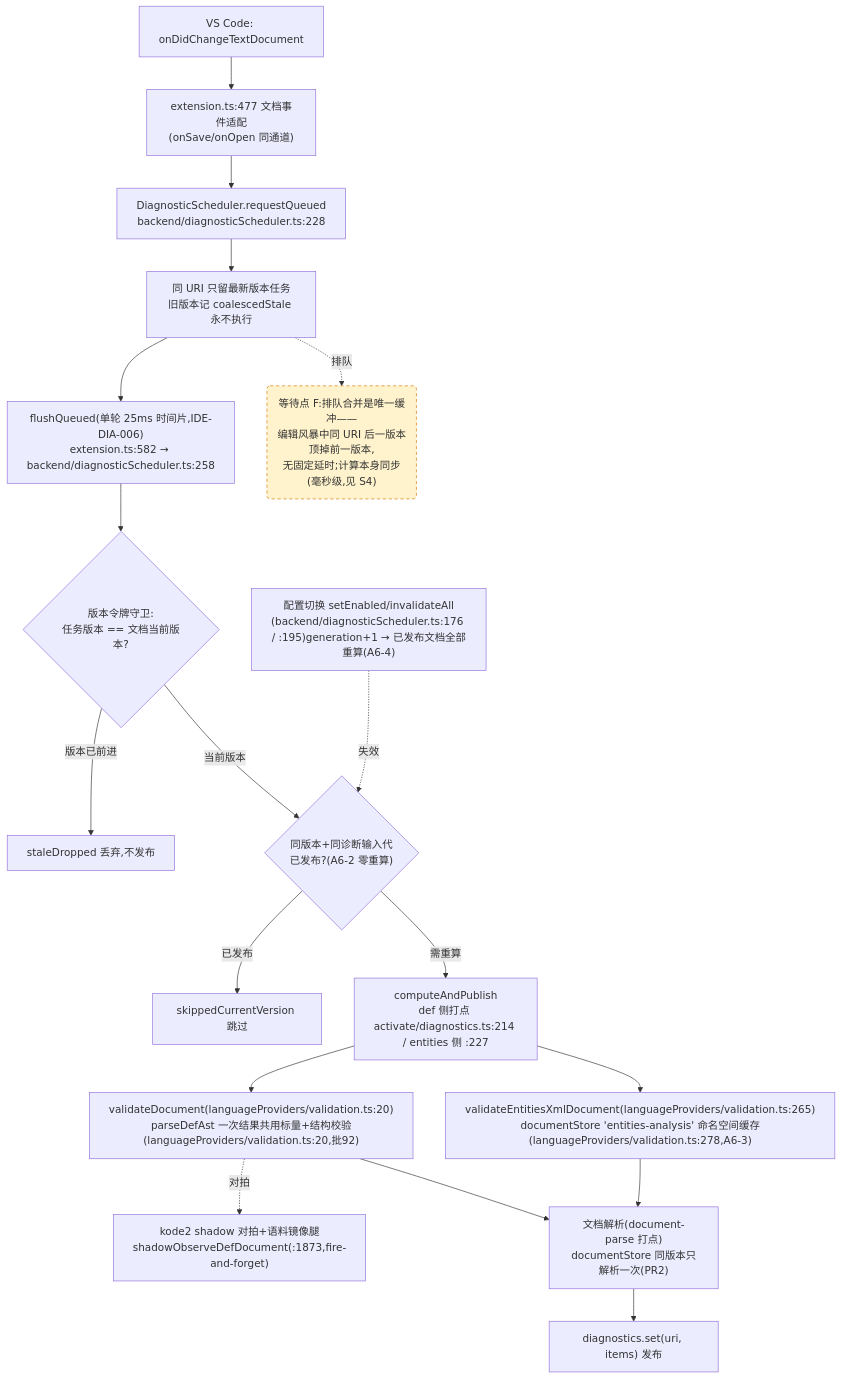
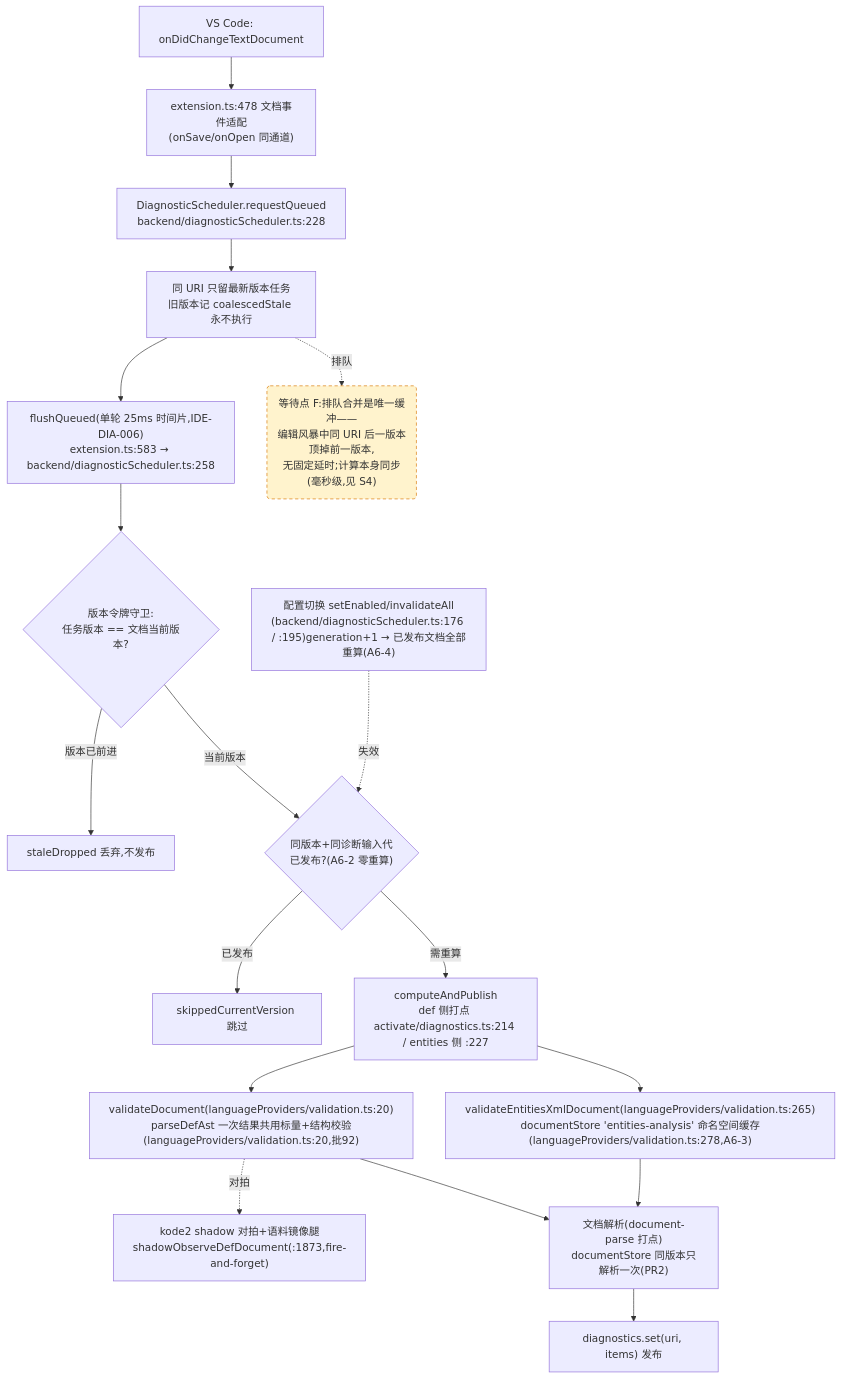
One commit to cuihairu/kode changed the fourth of 4 diagrams in docs/perf/2026-baseline.md. Above: the diagram before and after it, drawn with Mermaid. The commit also changed other lines of this file and 23 other files, not shown here.

````diff
--- a/docs/perf/2026-baseline.md
+++ b/docs/perf/2026-baseline.md
@@ -231,38 +232,38 @@
 ```mermaid
 flowchart TD
   CHG["VS Code: onDidChangeTextDocument"]
-  WATCH["extension.ts:477 文档事件适配<br/>(onSave/onOpen 同通道)"]
+  WATCH["extension.ts:478 文档事件适配<br/>(onSave/onOpen 同通道)"]
   RQ["DiagnosticScheduler.requestQueued<br/>backend/diagnosticScheduler.ts:228"]
   CO["同 URI 只留最新版本任务<br/>旧版本记 coalescedStale 永不执行"]
-  FL["flushQueued(单轮 25ms 时间片,IDE-DIA-006)<br/>extension.ts:582 → backend/diagnosticScheduler.ts:258"]
+  FL["flushQueued(单轮 25ms 时间片,IDE-DIA-006)<br/>extension.ts:583 → backend/diagnosticScheduler.ts:258"]
   VG{"版本令牌守卫:<br/>任务版本 == 文档当前版本?"}
   DROP["staleDropped 丢弃,不发布"]
   GEN{"同版本+同诊断输入代<br/>已发布?(A6-2 零重算)"}
   SKIP["skippedCurrentVersion 跳过"]
   CALC["computeAndPublish<br/>def 侧打点 activate/diagnostics.ts:214 / entities 侧 :227"]
   VD["validateDocument(languageProviders/validation.ts:20)<br/>parseDefAst 一次结果共用标量+结构校验(languageProviders/validation.ts:20,批92)"]
   VEX["validateEntitiesXmlDocument(languageProviders/validation.ts:265)<br/>documentStore 'entities-analysis' 命名空间缓存(languageProviders/validation.ts:278,A6-3)"]
   SHDD["kode2 shadow 对拍+语料镜像腿<br/>shadowObserveDefDocument(:1873,fire-and-forget)"]
   DS["文档解析(document-parse 打点)<br/>documentStore 同版本只解析一次(PR2)"]
   PUB["diagnostics.set(uri, items) 发布"]
   CFG2["配置切换 setEnabled/invalidateAll<br/>(backend/diagnosticScheduler.ts:176 / :195)generation+1 → 已发布文档全部重算(A6-4)"]
 
   CHG --> WATCH --> RQ --> CO --> FL --> VG
   VG -- "版本已前进" --> DROP
   VG -- "当前版本" --> GEN
   GEN -- "已发布" --> SKIP
   GEN -- "需重算" --> CALC
   CALC --> VD
   CALC --> VEX
   VD --> DS
   VEX --> DS
   DS --> PUB
   VD -.->|对拍| SHDD
   CFG2 -.->|失效| GEN
 
   WAITF("等待点 F:排队合并是唯一缓冲——<br/>编辑风暴中同 URI 后一版本顶掉前一版本,<br/>无固定延时;计算本身同步(毫秒级,见 S4)")
   CO -.->|排队| WAITF
 
   classDef waitPoint fill:#fff3cd,stroke:#d97706,stroke-dasharray:5 4;
   class WAITF waitPoint;
 ```
````
